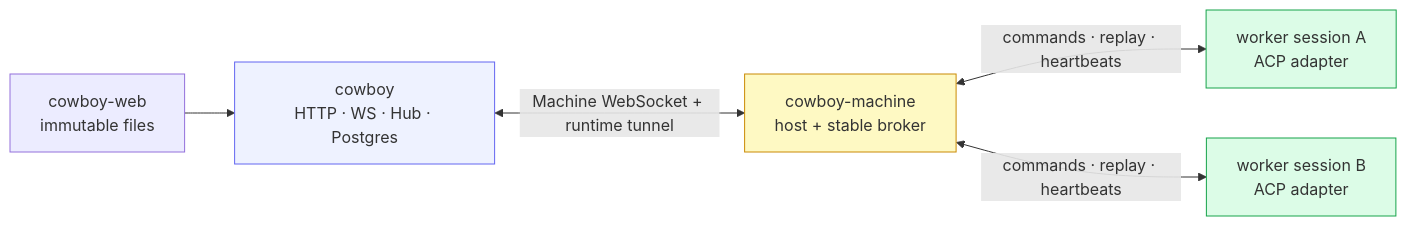
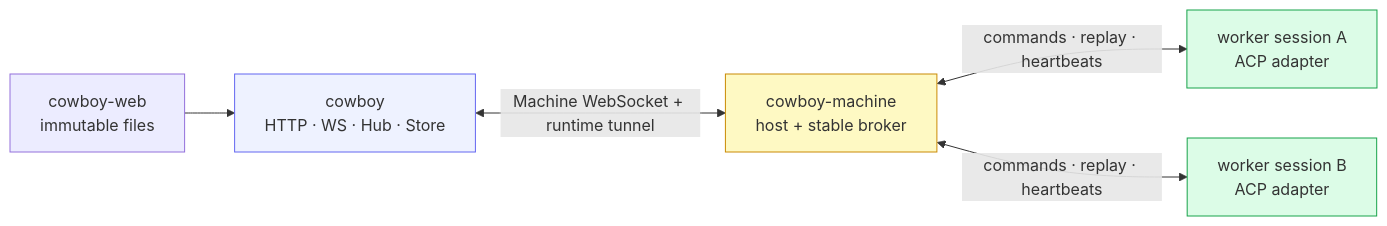
The first of 2 diagrams in docs/architecture/12-rolling-updates.md (dravengarden/cowboy), drawn with Mermaid before and after one commit. The commit also changed other lines of this file and 18 other files, not shown here.

Commit message:
docs: align architecture with the remote agent IDE

````diff
--- a/docs/architecture/12-rolling-updates.md
+++ b/docs/architecture/12-rolling-updates.md
@@ -8,12 +8,12 @@
 ```mermaid
 flowchart LR
-    WEB["cowboy-web\nimmutable files"] --> CORE["cowboy\nHTTP · WS · Hub · Postgres"]
+    WEB["cowboy-web\nimmutable files"] --> CORE["cowboy\nHTTP · WS · Hub · Store"]
     CORE <-->|"Machine WebSocket + runtime tunnel"| MACHINE["cowboy-machine\nhost + stable broker"]
     MACHINE <-->|"commands · replay · heartbeats"| W1["worker session A\nACP adapter"]
     MACHINE <-->|"commands · replay · heartbeats"| W2["worker session B\nACP adapter"]
 
     style CORE fill:#eef2ff,stroke:#6366f1
     style MACHINE fill:#fef9c3,stroke:#ca8a04
     style W1 fill:#dcfce7,stroke:#16a34a
     style W2 fill:#dcfce7,stroke:#16a34a
 ```
````
